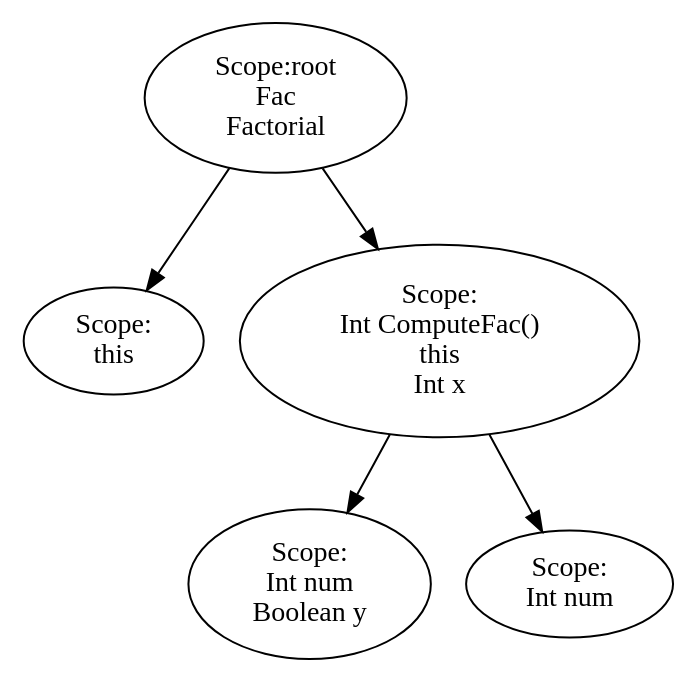
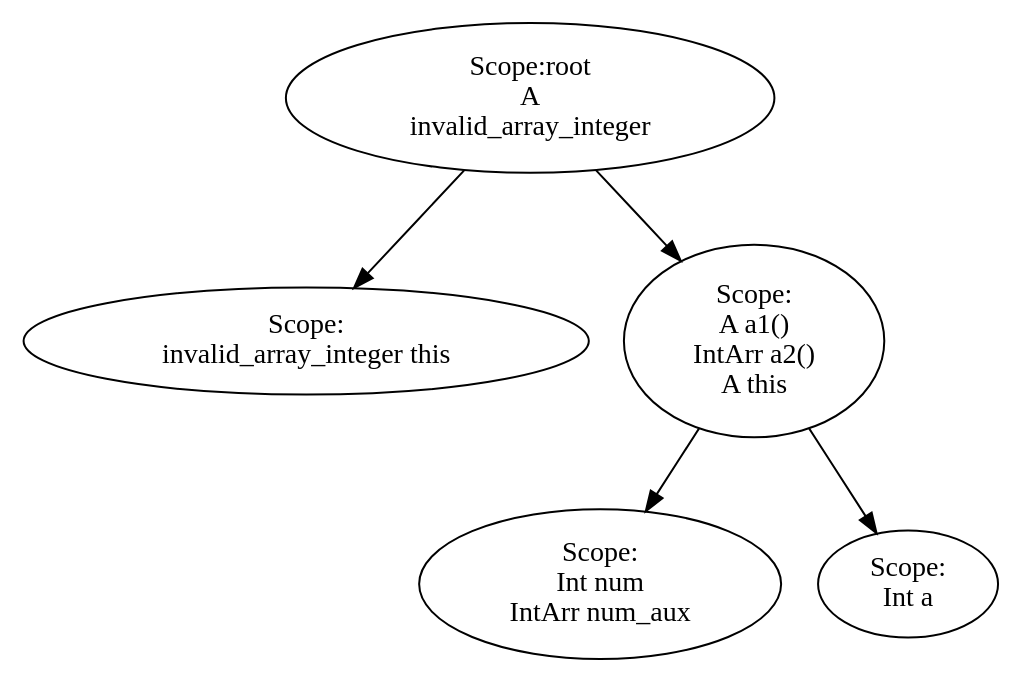
The diagram in assignment2/assignment/st.dot (JakobAdamsson/Compiler-and-translation-technique), drawn with Graphviz before and after one commit. The commit also changed 19 other files, not shown here.

```diff
--- a/assignment2/assignment/st.dot
+++ b/assignment2/assignment/st.dot
@@ -1,25 +1,25 @@
 digraph {
 n0 [label="Scope:root
- Fac
- Factorial
+ A
+ invalid_array_integer
 "];
 n1 [label="Scope:
- this
+invalid_array_integer this
 "];
 n0 -> n1
 n2 [label="Scope:
-Int ComputeFac()
- this
-Int x
+A a1()
+IntArr a2()
+A this
 "];
 n3 [label="Scope:
 Int num
-Boolean y
+IntArr num_aux
 "];
 n2 -> n3
 n4 [label="Scope:
-Int num
+Int a
 "];
 n2 -> n4
 n0 -> n2
 }
```
